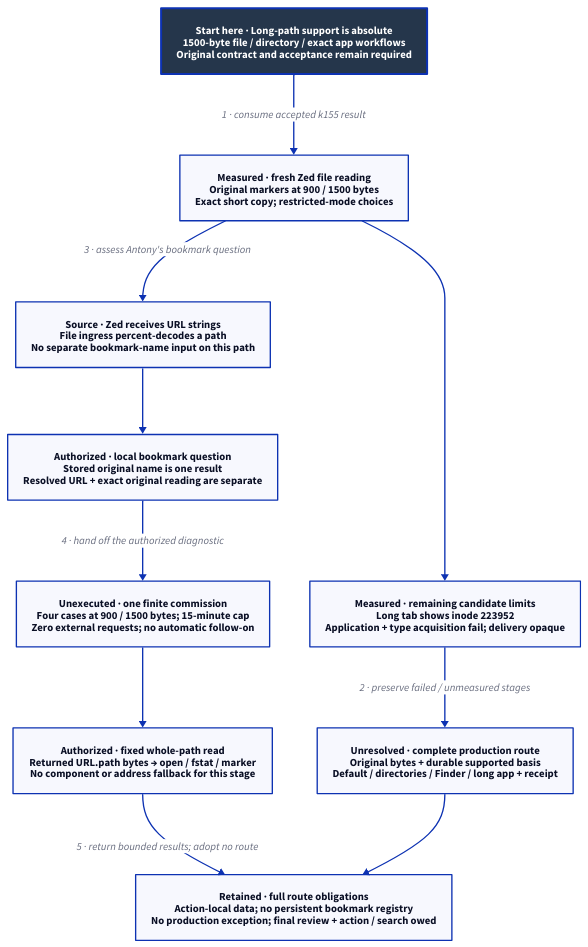
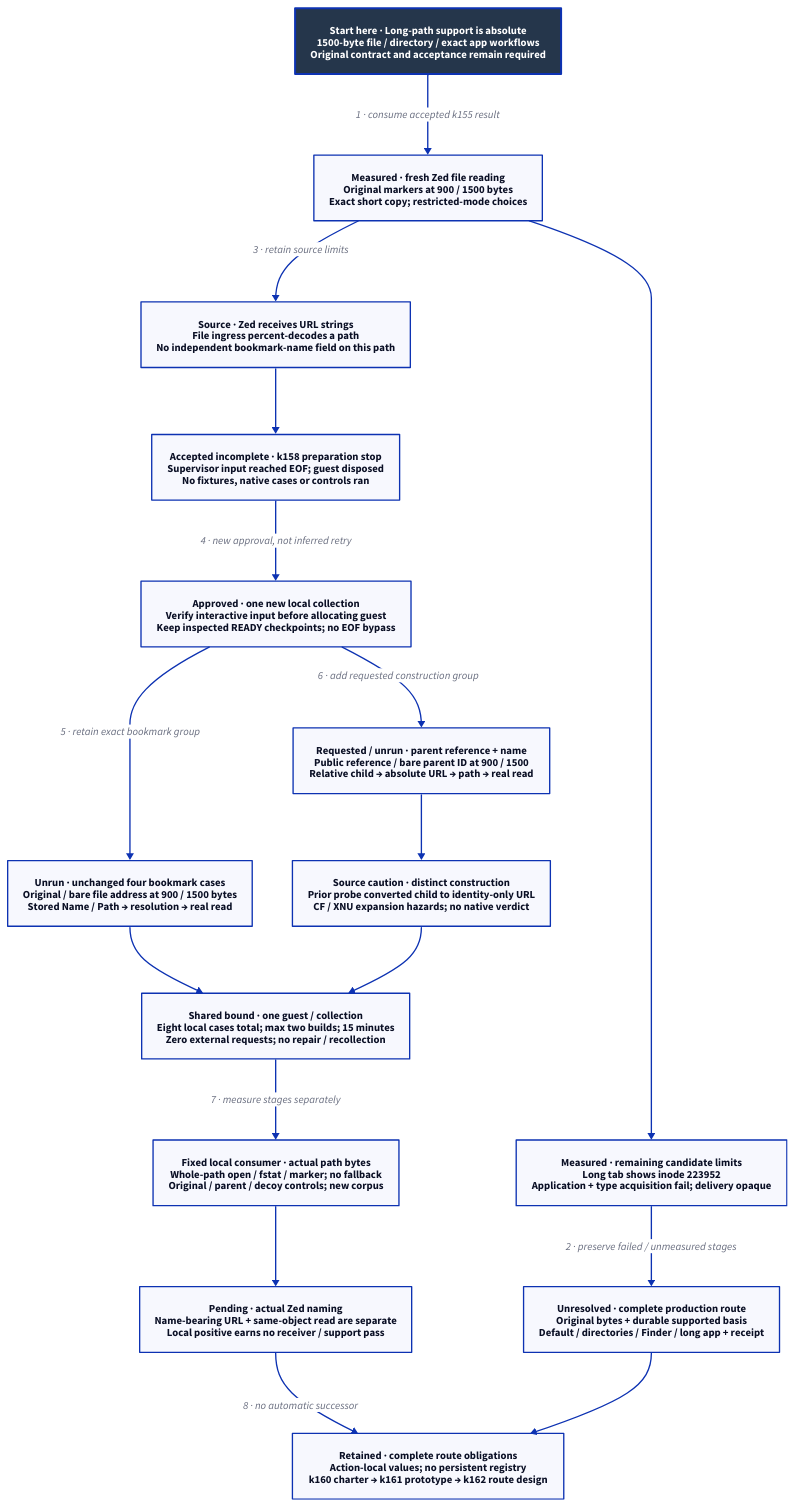
One commit to Linkuistics/Koine changed the diagram in docs/design/architecture/workspace-route-candidates.d2. Above: the diagram before and after it, drawn with D2. The commit also changed 18 other files, not shown here.

Commit message:
Define approved bookmark and parent-reference naming collection (local-url-naming-k160)

```diff
--- a/docs/design/architecture/workspace-route-candidates.d2
+++ b/docs/design/architecture/workspace-route-candidates.d2
@@ -1,23 +1,34 @@
-# Accepted focused receiver result and authorized local bookmark diagnostic.
+# Approved replacement and separate parent-reference-plus-name cases.
 direction: down
 classes: {
   start: {style: {fill: "#25364B"; font-color: "#FFFFFF"; bold: true; stroke-width: 3}}
 }
 Contract: "Start here · Long-path support is absolute\n1500-byte file / directory / exact app workflows\nOriginal contract and acceptance remain required" {class: start}
 Receiver: "Measured · fresh Zed file reading\nOriginal markers at 900 / 1500 bytes\nExact short copy; restricted-mode choices"
 Limits: "Measured · remaining candidate limits\nLong tab shows inode 223952\nApplication + type acquisition fail; delivery opaque"
 Gap: "Unresolved · complete production route\nOriginal bytes + durable supported basis\nDefault / directories / Finder / long app + receipt"
-Source: "Source · Zed receives URL strings\nFile ingress percent-decodes a path\nNo separate bookmark-name input on this path"
-Question: "Authorized · local bookmark question\nStored original name is one result\nResolved URL + exact original reading are separate"
-Bounds: "Unexecuted · one finite commission\nFour cases at 900 / 1500 bytes; 15-minute cap\nZero external requests; no automatic follow-on"
-Read: "Authorized · fixed whole-path read\nReturned URL.path bytes → open / fstat / marker\nNo component or address fallback for this stage"
-Hold: "Retained · full route obligations\nAction-local data; no persistent bookmark registry\nNo production exception; final review + action / search owed"
+Source: "Source · Zed receives URL strings\nFile ingress percent-decodes a path\nNo independent bookmark-name field on this path"
+Stopped: "Accepted incomplete · k158 preparation stop\nSupervisor input reached EOF; guest disposed\nNo fixtures, native cases or controls ran"
+Next: "Approved · one new local collection\nVerify interactive input before allocating guest\nKeep inspected READY checkpoints; no EOF bypass"
+Bookmark: "Unrun · unchanged four bookmark cases\nOriginal / bare file address at 900 / 1500 bytes\nStored Name / Path → resolution → real read"
+Parent: "Requested / unrun · parent reference + name\nPublic reference / bare parent ID at 900 / 1500\nRelative child → absolute URL → path → real read"
+Caution: "Source caution · distinct construction\nPrior probe converted child to identity-only URL\nCF / XNU expansion hazards; no native verdict"
+Bounds: "Shared bound · one guest / collection\nEight local cases total; max two builds; 15 minutes\nZero external requests; no repair / recollection"
+Read: "Fixed local consumer · actual path bytes\nWhole-path open / fstat / marker; no fallback\nOriginal / parent / decoy controls; new corpus"
+Naming: "Pending · actual Zed naming\nName-bearing URL + same-object read are separate\nLocal positive earns no receiver / support pass"
+Hold: "Retained · complete route obligations\nAction-local values; no persistent registry\nk160 charter → k161 prototype → k162 route design"
 Contract -> Receiver: "1 · consume accepted k155 result"
 Receiver -> Limits
 Limits -> Gap: "2 · preserve failed / unmeasured stages"
-Receiver -> Source: "3 · assess Antony's bookmark question"
-Source -> Question
-Question -> Bounds: "4 · hand off the authorized diagnostic"
-Bounds -> Read
-Read -> Hold: "5 · return bounded results; adopt no route"
+Receiver -> Source: "3 · retain source limits"
+Source -> Stopped
+Stopped -> Next: "4 · new approval, not inferred retry"
+Next -> Bookmark: "5 · retain exact bookmark group"
+Next -> Parent: "6 · add requested construction group"
+Parent -> Caution
+Bookmark -> Bounds
+Caution -> Bounds
+Bounds -> Read: "7 · measure stages separately"
+Read -> Naming
+Naming -> Hold: "8 · no automatic successor"
 Gap -> Hold
```
